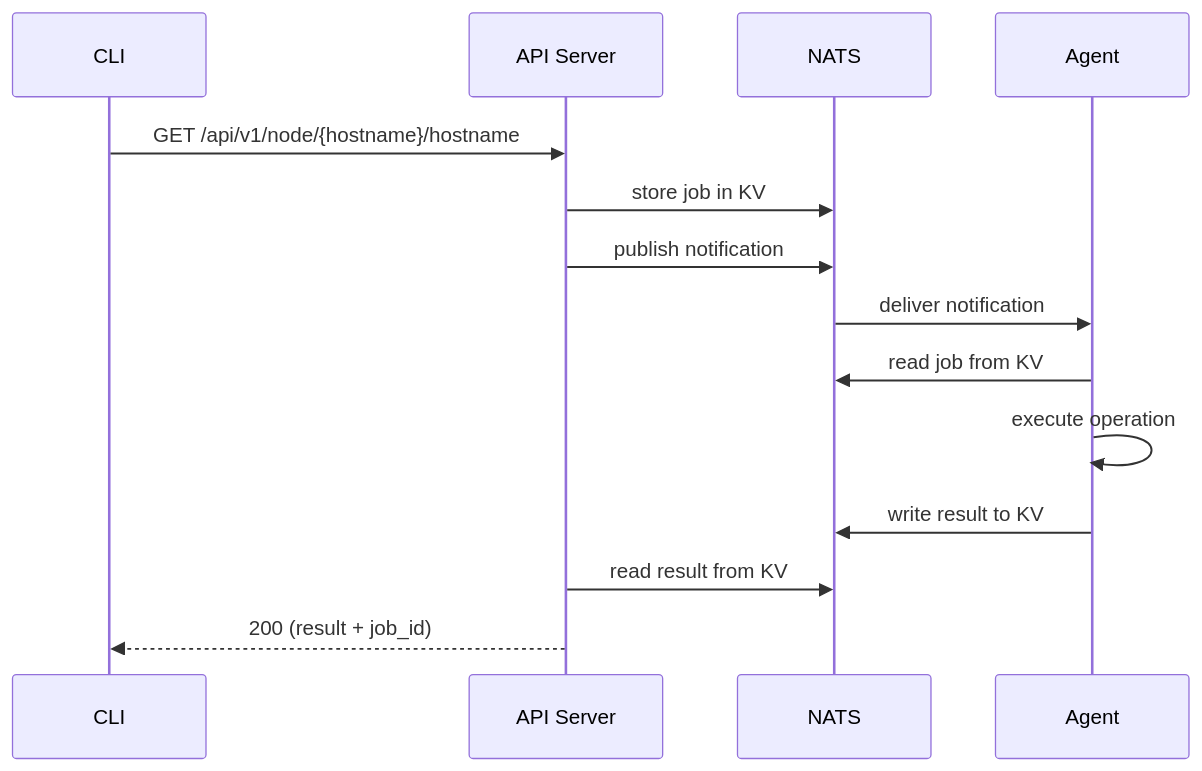
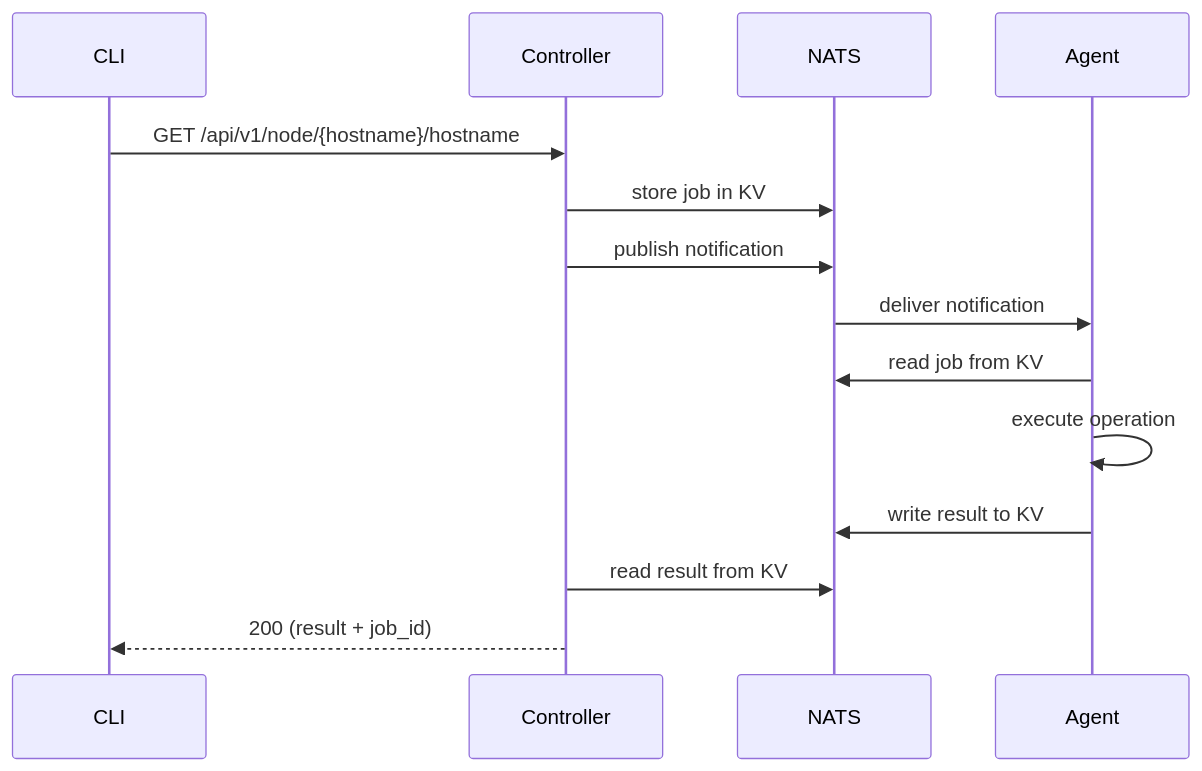
The third of 3 diagrams in docs/docs/sidebar/architecture/architecture.md (osapi-io/osapi), drawn with Mermaid before and after one commit. The commit also changed other lines of this file and 331 other files, not shown here.

First line of the commit message:
refactor: rename API server to controller (#287)

````diff
--- a/docs/docs/sidebar/architecture/architecture.md
+++ b/docs/docs/sidebar/architecture/architecture.md
@@ -113,17 +119,17 @@
 ```mermaid
 sequenceDiagram
     participant CLI
-    participant API as API Server
+    participant API as Controller
     participant NATS
     participant Agent
 
     CLI->>API: GET /api/v1/node/{hostname}/hostname
     API->>NATS: store job in KV
     API->>NATS: publish notification
     NATS->>Agent: deliver notification
     Agent->>NATS: read job from KV
     Agent->>Agent: execute operation
     Agent->>NATS: write result to KV
     API->>NATS: read result from KV
     API-->>CLI: 200 (result + job_id)
 ```
````
